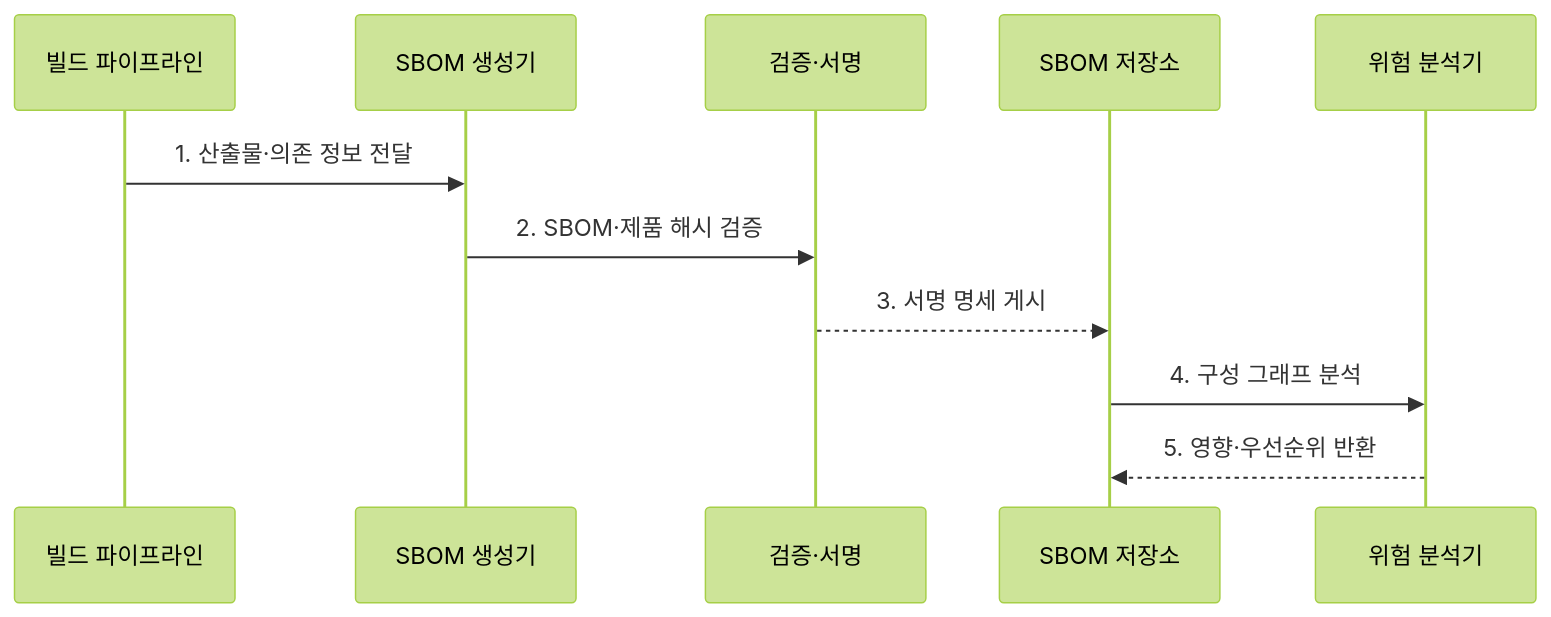
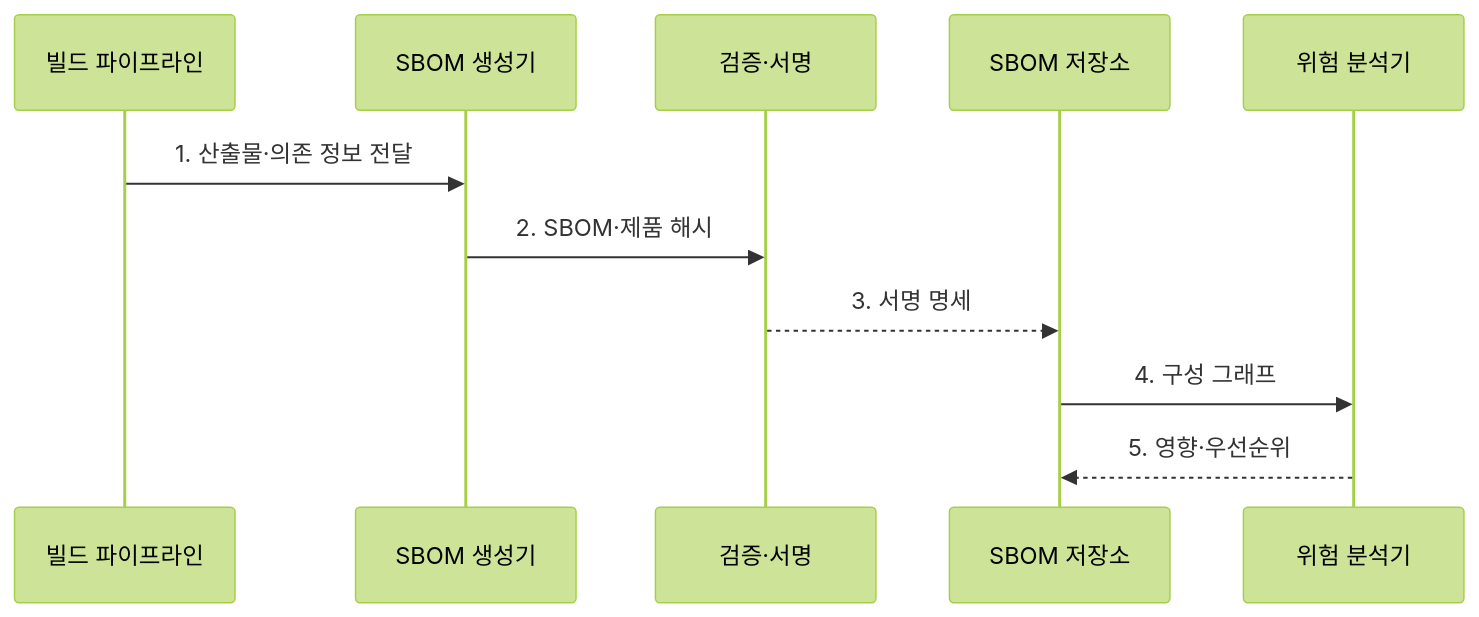
One commit to agnusdei1207/knowledge-base changed the second of 2 diagrams in src/content/docs/notes/03-software/183_sbom.md. Above: the diagram before and after it, drawn with Mermaid (forest theme). The commit also changed other lines of this file and 20 other files, not shown here.

````diff
--- a/src/content/docs/notes/03-software/183_sbom.md
+++ b/src/content/docs/notes/03-software/183_sbom.md
@@ -83,13 +85,13 @@
 ```mermaid
 sequenceDiagram
     participant B as 빌드 파이프라인
     participant G as SBOM 생성기
     participant V as 검증·서명
     participant R as SBOM 저장소
     participant A as 위험 분석기
     B->>G: 1. 산출물·의존 정보 전달
-    G->>V: 2. SBOM·제품 해시 검증
-    V-->>R: 3. 서명 명세 게시
-    R->>A: 4. 구성 그래프 분석
-    A-->>R: 5. 영향·우선순위 반환
+    G->>V: 2. SBOM·제품 해시
+    V-->>R: 3. 서명 명세
+    R->>A: 4. 구성 그래프
+    A-->>R: 5. 영향·우선순위
 ```
````
